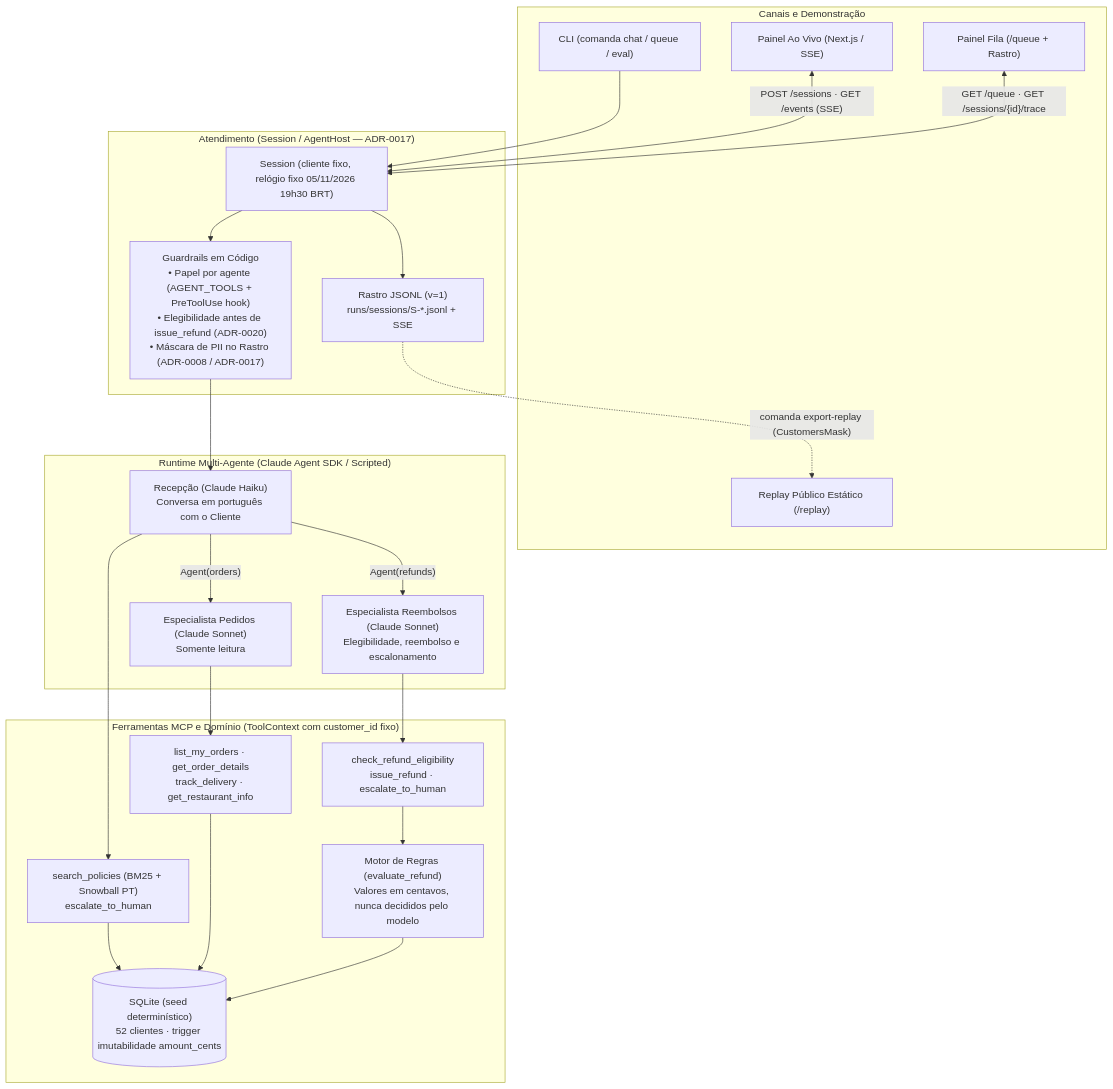
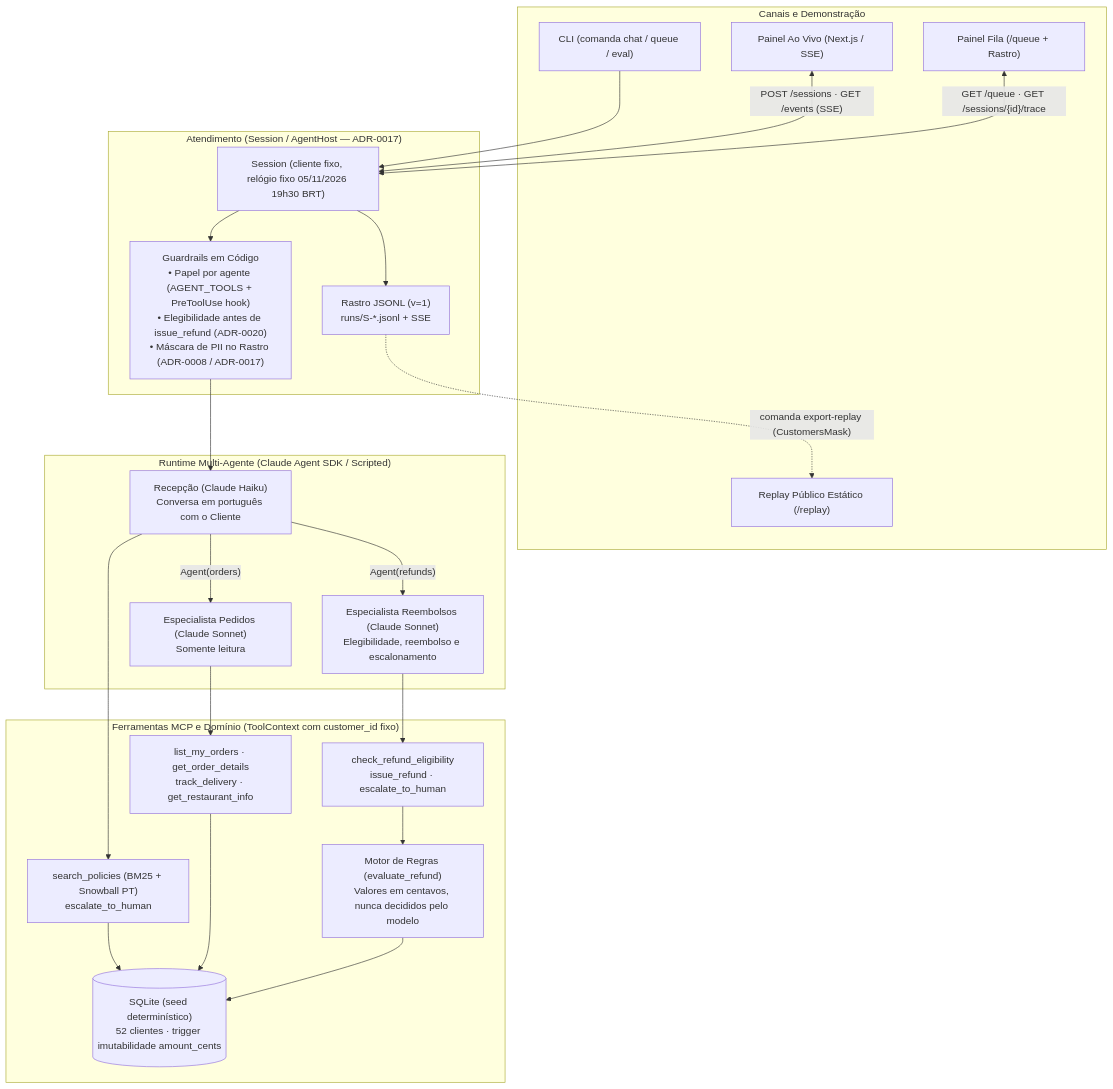
The diagram in README.md (TheAndr3/comanda), drawn with Mermaid before and after one commit. The commit also changed other lines of this file and 1 other file, not shown here.

````diff
--- a/README.md
+++ b/README.md
@@ -38,49 +38,49 @@
 ```mermaid
 flowchart TB
   subgraph ClientLayer["Canais e Demonstração"]
     CLI["CLI (comanda chat / queue / eval)"]
     PanelLive["Painel Ao Vivo (Next.js / SSE)"]
     PanelQueue["Painel Fila (/queue + Rastro)"]
     PublicReplay["Replay Público Estático (/replay)"]
   end
 
   subgraph SessionLayer["Atendimento (Session / AgentHost — ADR-0017)"]
     Host["Session (cliente fixo, relógio fixo 05/11/2026 19h30 BRT)"]
     Guardrails["Guardrails em Código\n• Papel por agente (AGENT_TOOLS + PreToolUse hook)\n• Elegibilidade antes de issue_refund (ADR-0020)\n• Máscara de PII no Rastro (ADR-0008 / ADR-0017)"]
-    Trace["Rastro JSONL (v=1)\nruns/sessions/S-*.jsonl + SSE"]
+    Trace["Rastro JSONL (v=1)\nruns/S-*.jsonl + SSE"]
   end
 
   subgraph AgentsLayer["Runtime Multi-Agente (Claude Agent SDK / Scripted)"]
     Reception["Recepção (Claude Haiku)\nConversa em português com o Cliente"]
     Orders["Especialista Pedidos (Claude Sonnet)\nSomente leitura"]
     Refunds["Especialista Reembolsos (Claude Sonnet)\nElegibilidade, reembolso e escalonamento"]
   end
 
   subgraph ToolsLayer["Ferramentas MCP e Domínio (ToolContext com customer_id fixo)"]
     T_Rec["search_policies (BM25 + Snowball PT)\nescalate_to_human"]
     T_Ord["list_my_orders · get_order_details\ntrack_delivery · get_restaurant_info"]
     T_Ref["check_refund_eligibility\nissue_refund · escalate_to_human"]
     Rules["Motor de Regras (evaluate_refund)\nValores em centavos, nunca decididos pelo modelo"]
     DB[("SQLite (seed determinístico)\n52 clientes · trigger imutabilidade amount_cents")]
   end
 
   CLI --> Host
   PanelLive <-->|"POST /sessions · GET /events (SSE)"| Host
   PanelQueue <-->|"GET /queue · GET /sessions/{id}/trace"| Host
   Trace -.->|"comanda export-replay (CustomersMask)"| PublicReplay
 
   Host --> Guardrails
   Guardrails --> Reception
   Reception -->|"Agent(orders)"| Orders
   Reception -->|"Agent(refunds)"| Refunds
 
   Reception --> T_Rec
   Orders --> T_Ord
   Refunds --> T_Ref
 
   T_Rec --> DB
   T_Ord --> DB
   T_Ref --> Rules
   Rules --> DB
   Host --> Trace
 ```
````
